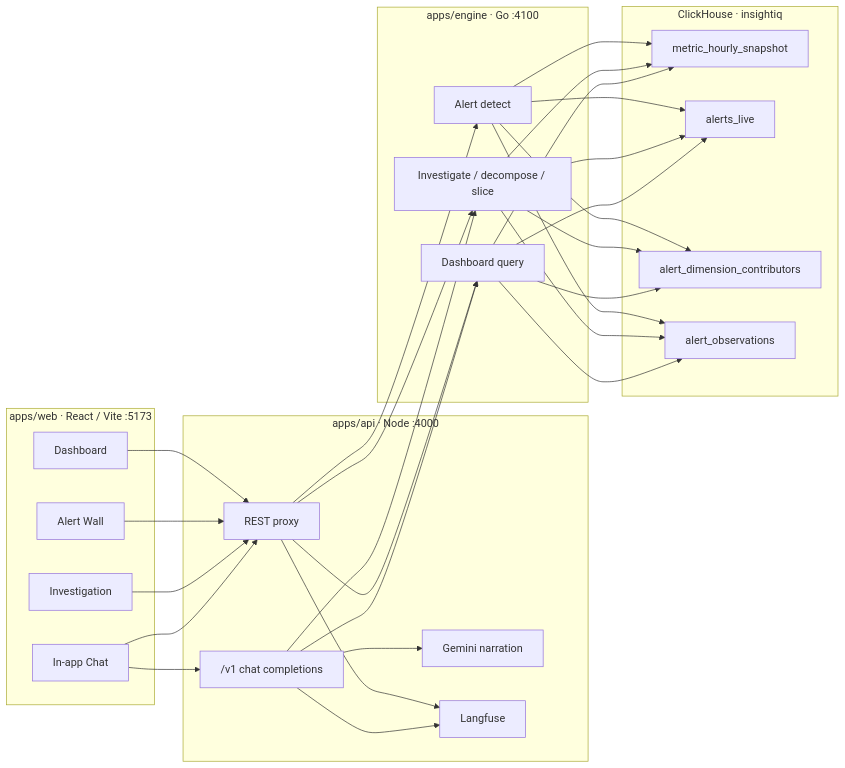
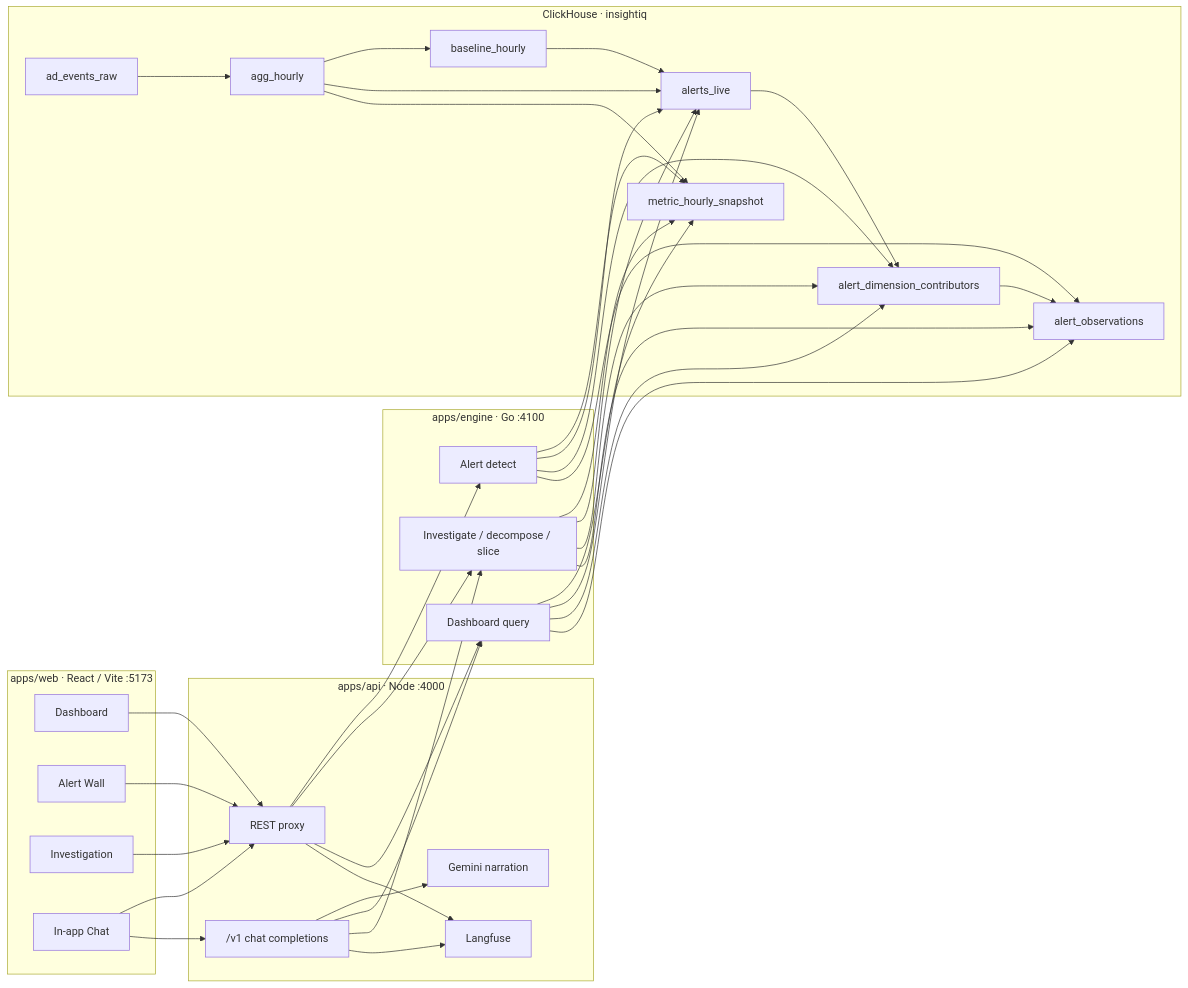
One commit to rogue-wild/InsightIQ changed the diagram in docs/architecture.md. Above: the diagram before and after it, drawn with Mermaid. The commit also changed other lines of this file and 5 other files, not shown here.

````diff
--- a/docs/architecture.md
+++ b/docs/architecture.md
@@ -7,38 +9,47 @@
 ```mermaid
 flowchart LR
   subgraph UI["apps/web · React / Vite :5173"]
     Dash[Dashboard]
     Alerts[Alert Wall]
     Inv[Investigation]
     Chat[In-app Chat]
   end
 
   subgraph API["apps/api · Node :4000"]
     REST[REST proxy]
     LLM[Gemini narration]
     OAI["/v1 chat completions"]
     Trace[Langfuse]
   end
 
   subgraph Engine["apps/engine · Go :4100"]
     Detect[Alert detect]
     RCA[Investigate / decompose / slice]
     DashQ[Dashboard query]
   end
 
   subgraph CH["ClickHouse · insightiq"]
+    Raw[ad_events_raw]
+    Agg[agg_hourly]
+    Base[baseline_hourly]
     Snap[metric_hourly_snapshot]
     AlertsLive[alerts_live]
     Contrib[alert_dimension_contributors]
     Obs[alert_observations]
   end
+
+  Raw --> Agg --> Base
+  Agg --> AlertsLive
+  Base --> AlertsLive
+  AlertsLive --> Contrib --> Obs
+  Agg --> Snap
 
   Dash & Alerts & Inv & Chat --> REST
   Chat --> OAI
   REST --> Detect & RCA & DashQ
   OAI --> LLM
   OAI --> DashQ
   OAI --> RCA
   Detect & RCA & DashQ --> Snap & AlertsLive & Contrib & Obs
   REST & OAI --> Trace
 ```
````
